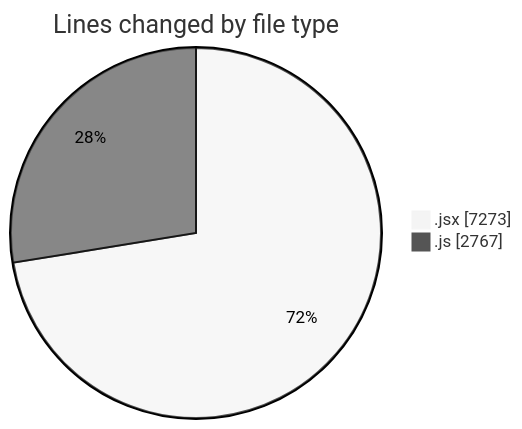
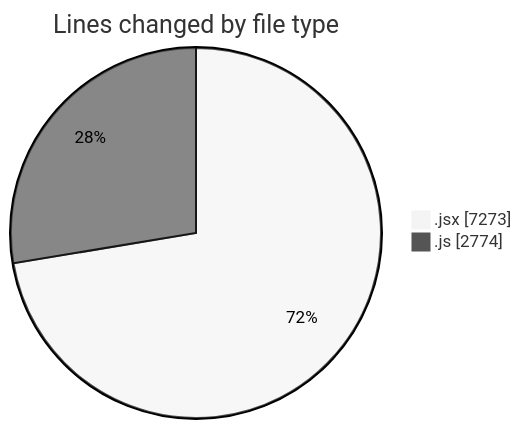
Before and after one commit to nxtqubesakshisongat/code-tracking: the first of 2 diagrams in 2025-12-11/nxtqube_webapp/README.md, drawn with Mermaid (neutral theme). The commit also changed other lines of this file and 1 other file, not shown here.

````diff
--- a/2025-12-11/nxtqube_webapp/README.md
+++ b/2025-12-11/nxtqube_webapp/README.md
@@ -33,6 +33,6 @@
 ```mermaid
 pie showData
 title Lines changed by file type
 ".jsx" : 7273
-".js" : 2767
+".js" : 2774
 ```
````
